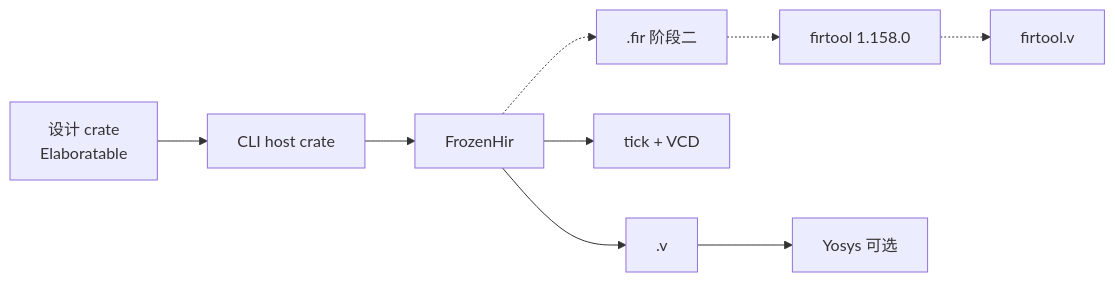
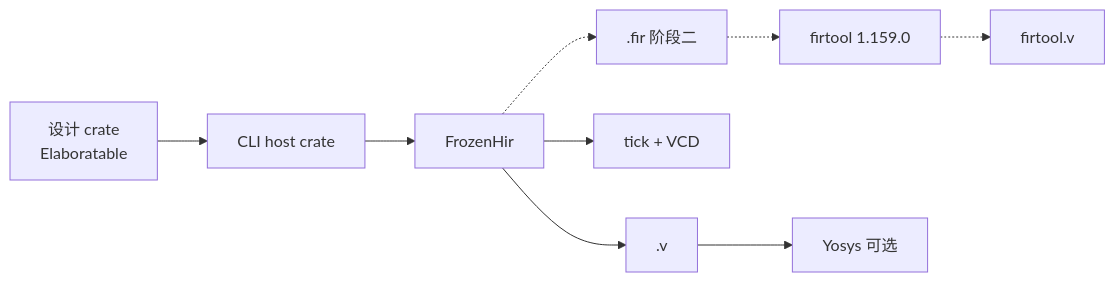
One commit to TangCan/bitloom changed the second of 2 diagrams in _agile-output/planning-artifacts/architecture/architecture-rhdl-2026-08-18/ARCHITECTURE-SPINE.md. Above: the diagram before and after it, drawn with Mermaid. The commit also changed other lines of this file and 57 other files, not shown here.

````diff
--- a/_agile-output/planning-artifacts/architecture/architecture-rhdl-2026-08-18/ARCHITECTURE-SPINE.md
+++ b/_agile-output/planning-artifacts/architecture/architecture-rhdl-2026-08-18/ARCHITECTURE-SPINE.md
@@ -323,11 +324,11 @@
 ```mermaid
 flowchart LR
   DES[设计 crate<br>Elaboratable] --> HOST[CLI host crate]
   HOST --> HIR[FrozenHir]
   HIR --> V[.v]
   HIR --> S[tick + VCD]
   HIR -.-> F[.fir 阶段二]
-  F -.-> FT[firtool 1.158.0]
+  F -.-> FT[firtool 1.159.0]
   FT -.-> SV[firtool.v]
   V --> Y[Yosys 可选]
 ```
````
